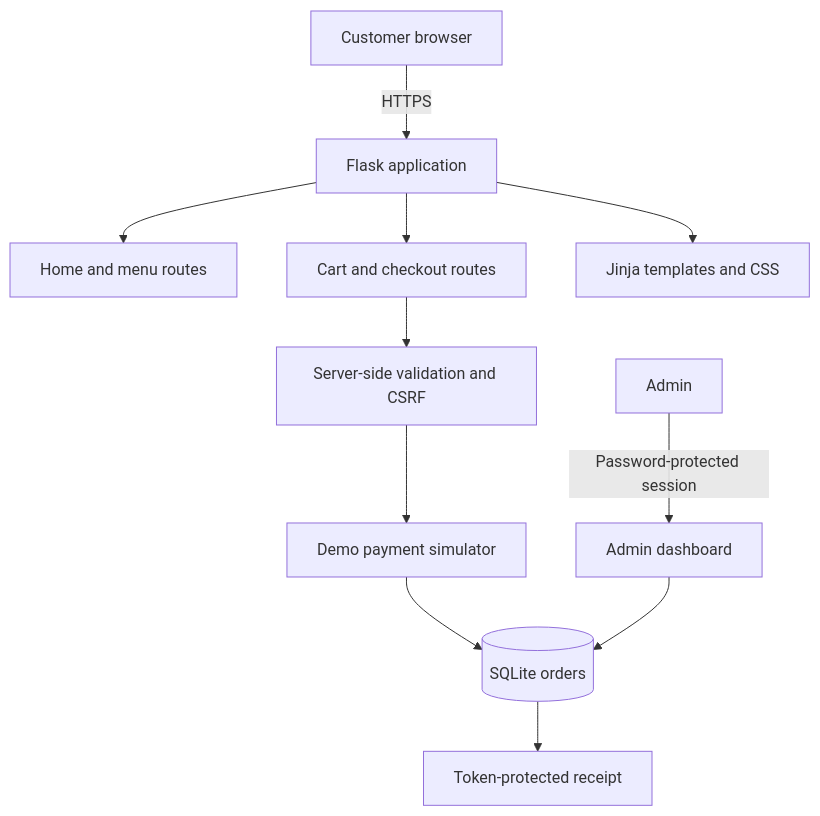
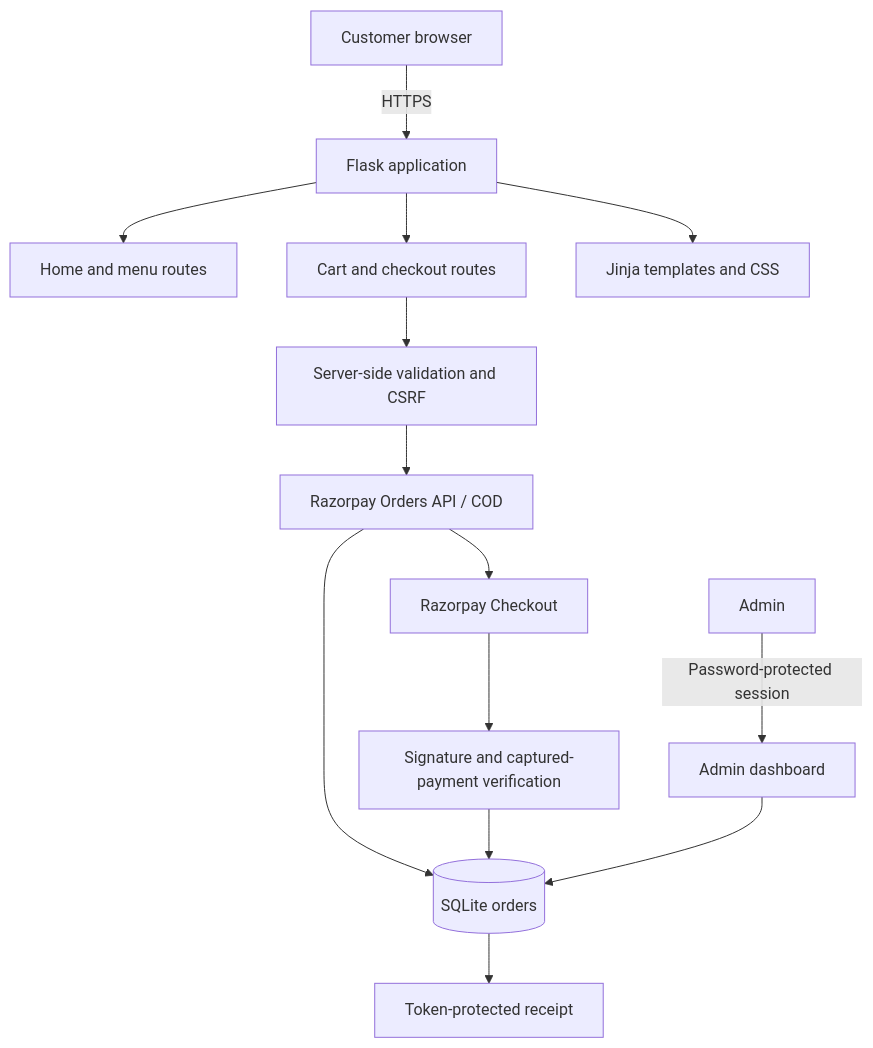
Before and after one commit to Mannn2105/Home--eats: the diagram in README.md, drawn with Mermaid.

Commit message:
Correct payment architecture diagram

````diff
--- a/README.md
+++ b/README.md
@@ -79,13 +79,16 @@
 ```mermaid
 flowchart TD
     U[Customer browser] -->|HTTPS| F[Flask application]
     F --> H[Home and menu routes]
     F --> C[Cart and checkout routes]
     C --> V[Server-side validation and CSRF]
-    V --> P[Demo payment simulator]
+    V --> P[Razorpay Orders API / COD]
     P --> O[(SQLite orders)]
+    P --> Q[Razorpay Checkout]
+    Q --> S[Signature and captured-payment verification]
+    S --> O
     O --> R[Token-protected receipt]
     A[Admin] -->|Password-protected session| D[Admin dashboard]
     D --> O
     F --> T[Jinja templates and CSS]
 ```
````
